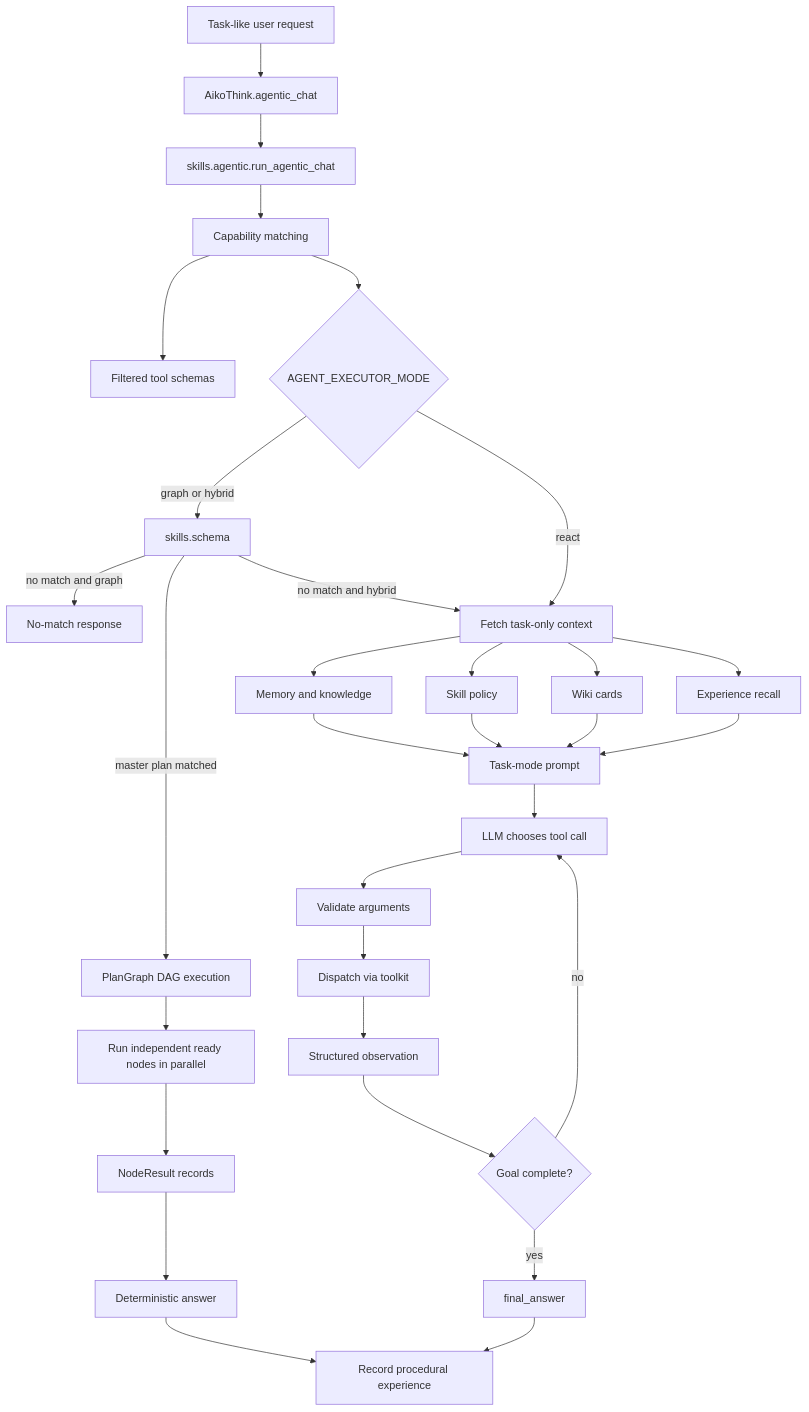
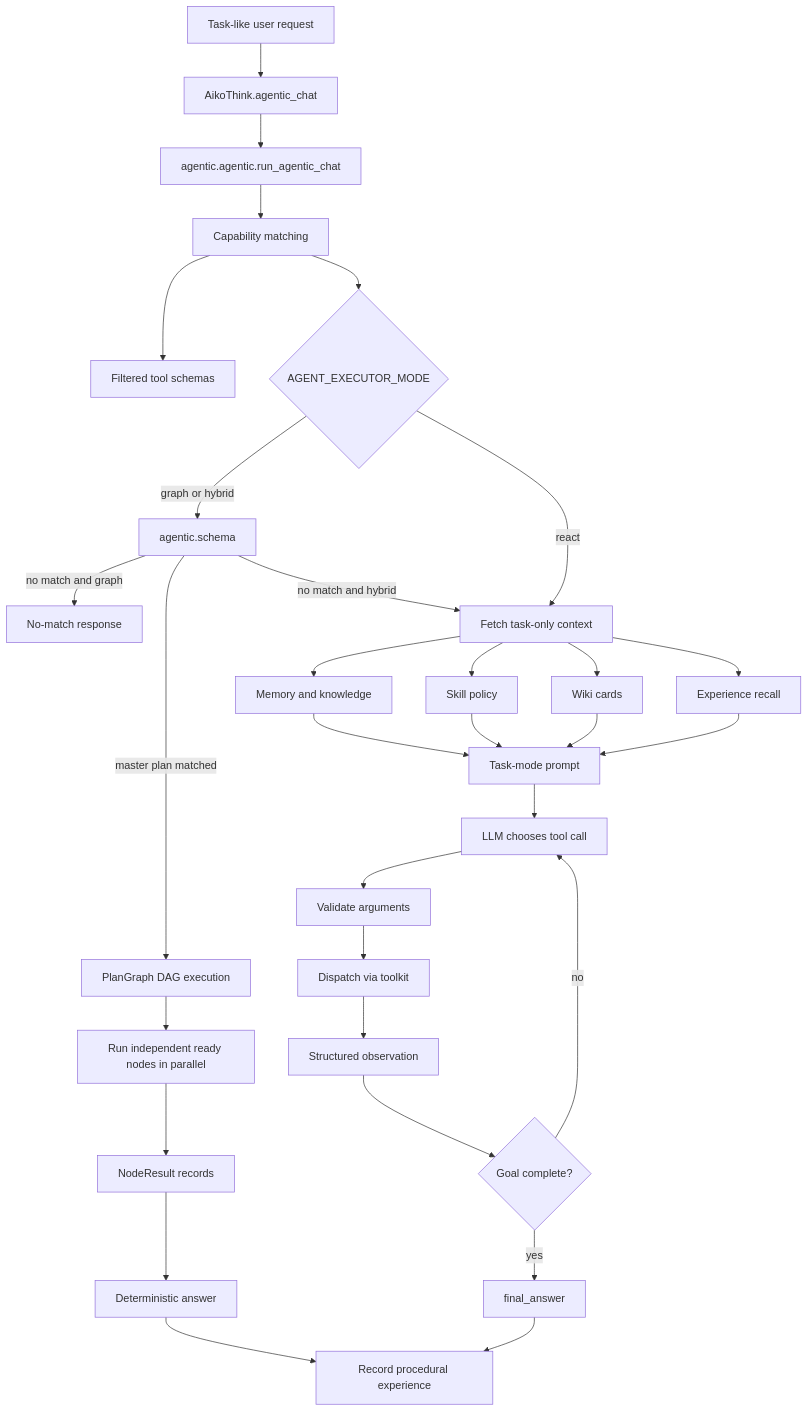
One commit to OppaAI/Aiko-chan changed the fifth of 5 diagrams in docs/ARCHITECTURE.md. Above: the diagram before and after it, drawn with Mermaid. The commit also changed other lines of this file and 47 other files, not shown here.

````diff
--- a/docs/ARCHITECTURE.md
+++ b/docs/ARCHITECTURE.md
@@ -204,33 +204,33 @@
 ```mermaid
 flowchart TD
     TaskInput[Task-like user request] --> Think[AikoThink.agentic_chat]
-    Think --> Agent[skills.agentic.run_agentic_chat]
+    Think --> Agent[agentic.agentic.run_agentic_chat]
     Agent --> Caps[Capability matching]
     Caps --> Tools[Filtered tool schemas]
     Caps --> Graph{AGENT_EXECUTOR_MODE}
-    Graph -->|graph or hybrid| Schema[skills.schema]
+    Graph -->|graph or hybrid| Schema[agentic.schema]
     Schema -->|master plan matched| DAG[PlanGraph DAG execution]
     DAG --> Ready[Run independent ready nodes in parallel]
     Ready --> NodeResults[NodeResult records]
     NodeResults --> GraphAnswer[Deterministic answer]
     GraphAnswer --> Experience[Record procedural experience]
     Schema -->|no match and graph| GraphMiss[No-match response]
     Schema -->|no match and hybrid| Context[Fetch task-only context]
     Graph -->|react| Context
     Context --> Memory[Memory and knowledge]
     Context --> Policy[Skill policy]
     Context --> Wiki[Wiki cards]
     Context --> Past[Experience recall]
     Memory --> Prompt[Task-mode prompt]
     Policy --> Prompt
     Wiki --> Prompt
     Past --> Prompt
     Prompt --> Model[LLM chooses tool call]
     Model --> Validate[Validate arguments]
     Validate --> Dispatch[Dispatch via toolkit]
     Dispatch --> Obs[Structured observation]
     Obs --> Done{Goal complete?}
     Done -->|no| Model
     Done -->|yes| Final[final_answer]
     Final --> Experience
 ```
````
